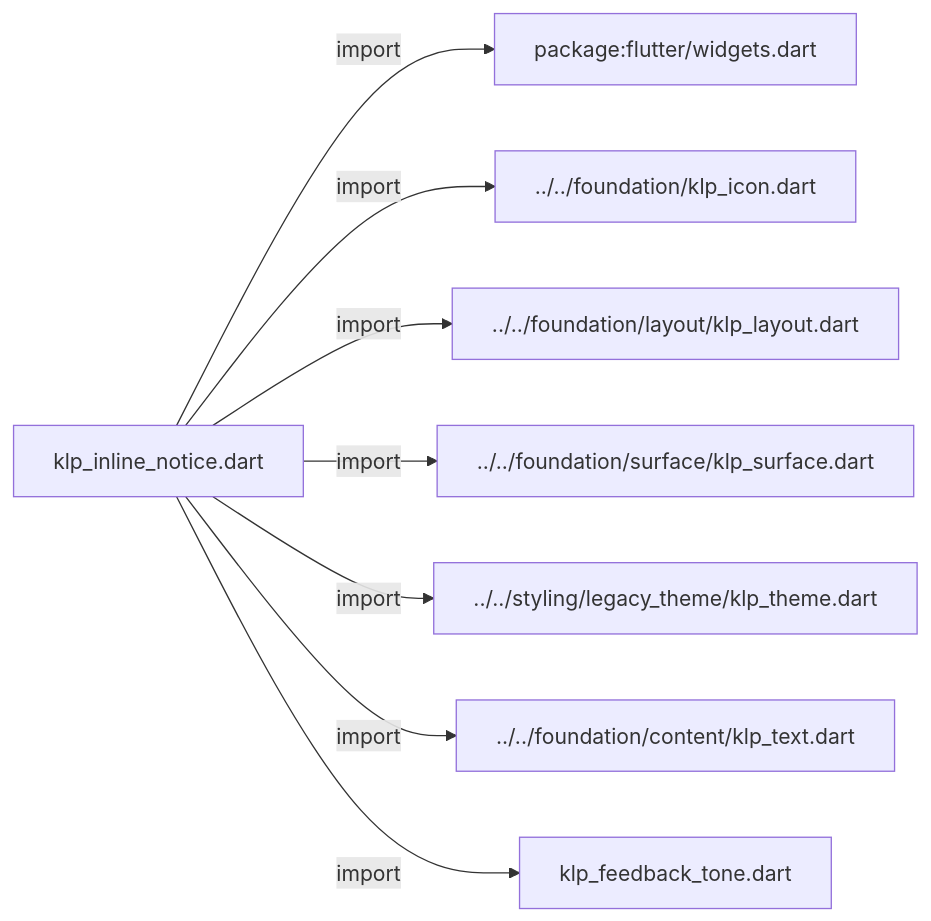
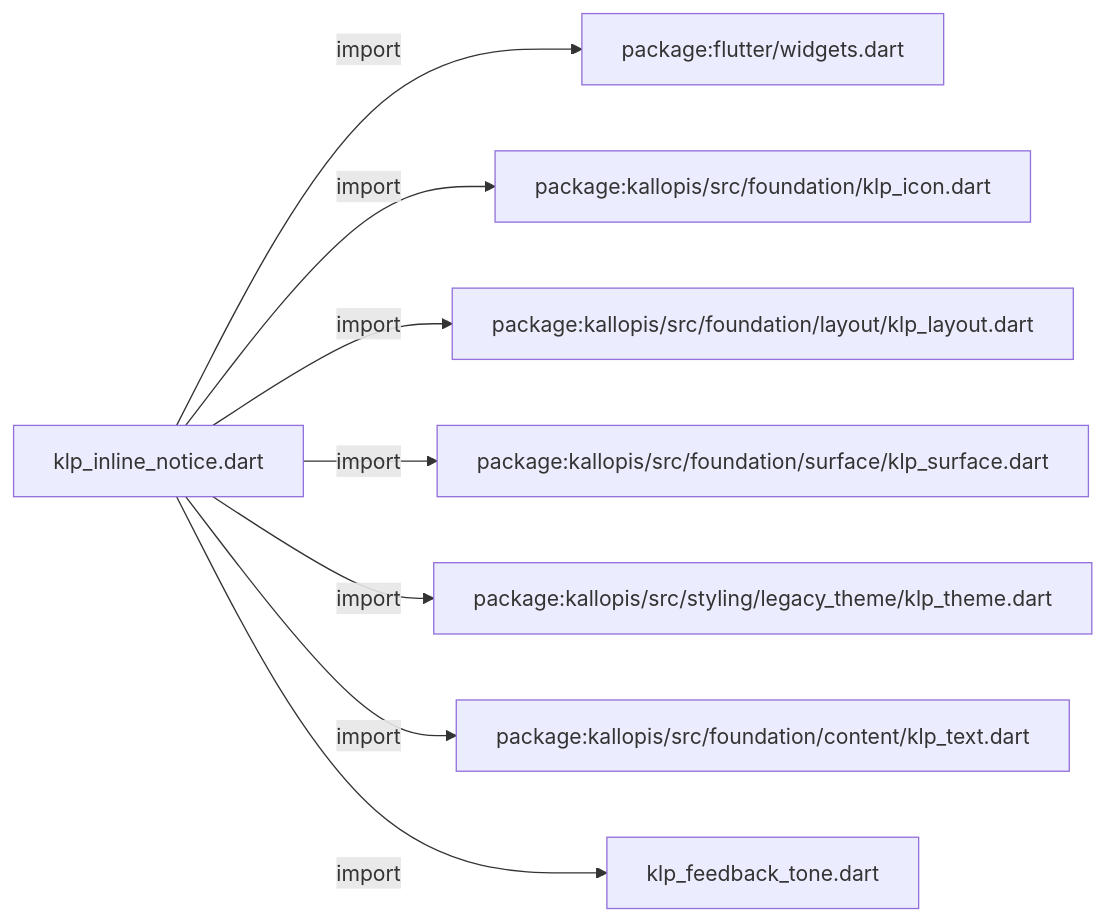
Before and after one commit to MiuDog/Kallopis: the first of 3 diagrams in docs/architecture/src/features/feedback/klp_inline_notice.md, drawn with Mermaid. The commit also changed other lines of this file and 9688 other files, not shown here.

Commit message:
Prepare isolated Flow F2 peer baseline

````diff
--- a/docs/architecture/src/features/feedback/klp_inline_notice.md
+++ b/docs/architecture/src/features/feedback/klp_inline_notice.md
@@ -11,18 +11,18 @@
 ```mermaid
 flowchart LR
 	n0["klp_inline_notice.dart"]
 	n1["package:flutter/widgets.dart"]
-	n2["../../foundation/klp_icon.dart"]
-	n3["../../foundation/layout/klp_layout.dart"]
-	n4["../../foundation/surface/klp_surface.dart"]
-	n5["../../styling/legacy_theme/klp_theme.dart"]
-	n6["../../foundation/content/klp_text.dart"]
+	n2["package:kallopis/src/foundation/klp_icon.dart"]
+	n3["package:kallopis/src/foundation/layout/klp_layout.dart"]
+	n4["package:kallopis/src/foundation/surface/klp_surface.dart"]
+	n5["package:kallopis/src/styling/legacy_theme/klp_theme.dart"]
+	n6["package:kallopis/src/foundation/content/klp_text.dart"]
 	n7["klp_feedback_tone.dart"]
 	n0 -->|"import"| n1
 	n0 -->|"import"| n2
 	n0 -->|"import"| n3
 	n0 -->|"import"| n4
 	n0 -->|"import"| n5
 	n0 -->|"import"| n6
 	n0 -->|"import"| n7
 ```
````
